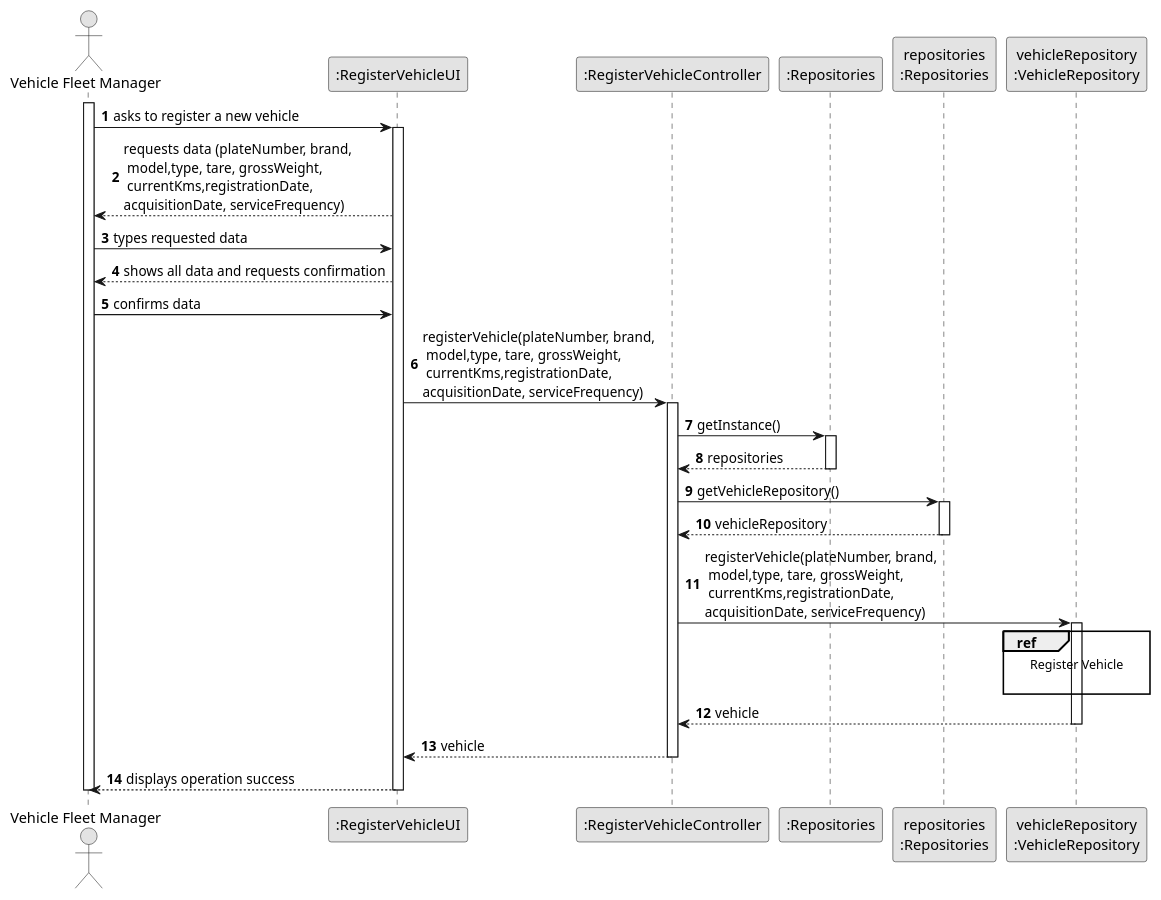
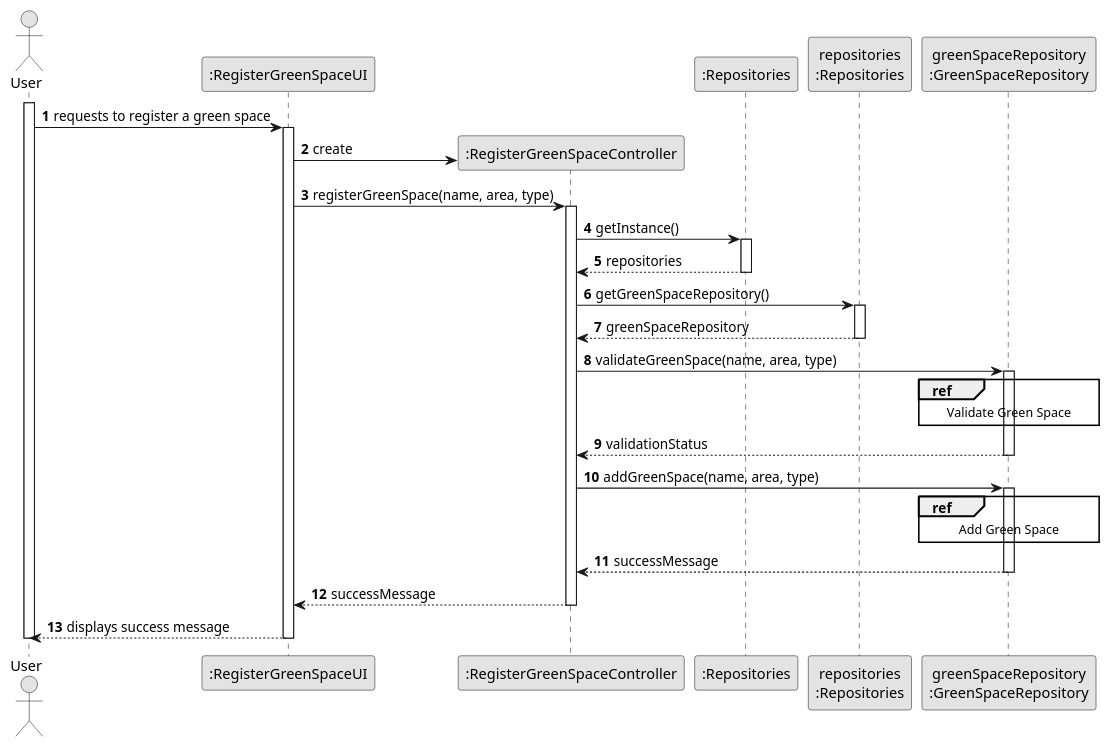
One commit to diogoveirospro/lei-24-s2-1dg-g072 changed the diagram in docs/sprintC/us020/03.design/puml/us020-sequence-diagram-split.puml. Above: the diagram before and after it, drawn with PlantUML. The commit also changed 5 other files, not shown here.

Commit message:
US20 21 and 29 split diagram

```diff
--- a/docs/sprintC/us020/03.design/puml/us020-sequence-diagram-split.puml
+++ b/docs/sprintC/us020/03.design/puml/us020-sequence-diagram-split.puml
@@ -1,61 +1,60 @@
 @startuml
 skinparam monochrome true
 skinparam packageStyle rectangle
 skinparam shadowing false
 
 autonumber
 
-'hide footbox
-actor "Vehicle Fleet Manager" as ADM
-participant ":RegisterVehicleUI" as UI
-participant ":RegisterVehicleController" as CTRL
+actor "User" as User
+participant ":RegisterGreenSpaceUI" as UI
+participant ":RegisterGreenSpaceController" as CTRL
 participant ":Repositories" as RepositorySingleton
-participant "repositories\n:Repositories" as PLAT
-participant "vehicleRepository\n:VehicleRepository" as VehicleRepository
-activate ADM
+participant "repositories\n:Repositories" as REP
+participant "greenSpaceRepository\n:GreenSpaceRepository" as greenSpaceRepository
 
-        ADM -> UI : asks to register a new vehicle
+activate User
 
-        activate UI
+User -> UI : requests to register a green space
+activate UI
 
-            UI --> ADM : requests data (plateNumber, brand,\n model,type, tare, grossWeight,\n currentKms,registrationDate,\nacquisitionDate, serviceFrequency)
+UI -> CTRL** : create
+UI -> CTRL : registerGreenSpace(name, area, type)
+    activate CTRL
 
-            ADM -> UI : types requested data
+    CTRL -> RepositorySingleton : getInstance()
+        activate RepositorySingleton
 
-            UI --> ADM : shows all data and requests confirmation
+        RepositorySingleton --> CTRL : repositories
+        deactivate RepositorySingleton
 
-            ADM -> UI : confirms data
+    CTRL -> REP : getGreenSpaceRepository()
+        activate REP
 
-            UI -> CTRL : registerVehicle(plateNumber, brand,\n model,type, tare, grossWeight,\n currentKms,registrationDate,\nacquisitionDate, serviceFrequency)
-            activate CTRL
+        REP --> CTRL : greenSpaceRepository
+        deactivate REP
 
-                CTRL -> RepositorySingleton : getInstance()
-                activate RepositorySingleton
+    CTRL -> greenSpaceRepository : validateGreenSpace(name, area, type)
+        activate greenSpaceRepository
+            ref over greenSpaceRepository
+                Validate Green Space
+            end
 
-                    RepositorySingleton --> CTRL: repositories
-                deactivate RepositorySingleton
+        greenSpaceRepository --> CTRL : validationStatus
+        deactivate greenSpaceRepository
 
-                CTRL -> PLAT : getVehicleRepository()
-                activate PLAT
+    CTRL -> greenSpaceRepository : addGreenSpace(name, area, type)
+        activate greenSpaceRepository
+            ref over greenSpaceRepository
+                Add Green Space
+            end
+        greenSpaceRepository --> CTRL : successMessage
+        deactivate greenSpaceRepository
 
-                    PLAT --> CTRL: vehicleRepository
-                deactivate PLAT
+    CTRL --> UI : successMessage
+    deactivate CTRL
 
-                CTRL -> VehicleRepository : registerVehicle(plateNumber, brand,\n model,type, tare, grossWeight,\n currentKms,registrationDate,\nacquisitionDate, serviceFrequency)
-                activate VehicleRepository
-                ref over VehicleRepository
-                    Register Vehicle
+UI --> User : displays success message
+deactivate UI
 
-                end ref
-                                VehicleRepository --> CTRL : vehicle
-
-                            deactivate VehicleRepository
-
-            CTRL --> UI: vehicle
-            deactivate CTRL
-            UI --> ADM: displays operation success
-    deactivate UI
-
-deactivate ADM
-
+deactivate User
 @enduml
```
